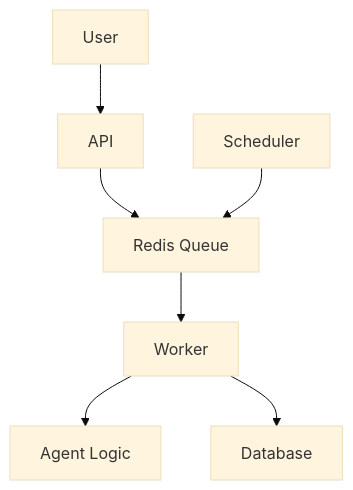
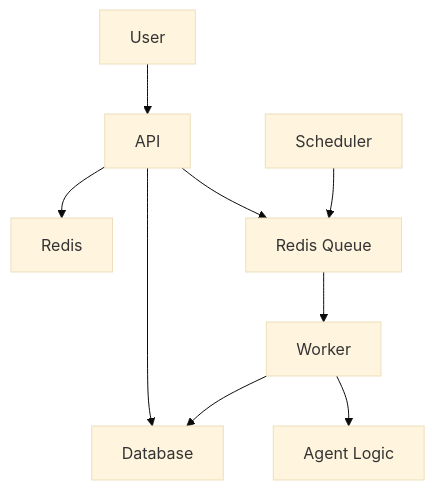
Before and after one commit to sprasains/everesthood: the diagram in SYSTEM_OVERVIEW.md, drawn with Mermaid (base theme). The commit also changed other lines of this file and 135 other files, not shown here.

````diff
--- a/SYSTEM_OVERVIEW.md
+++ b/SYSTEM_OVERVIEW.md
@@ -52,9 +46,11 @@
 ```mermaid
 graph TD;
   User["User"] --> API["API"]
   API --> Queue["Redis Queue"]
   Scheduler["Scheduler"] --> Queue
   Queue --> Worker["Worker"]
   Worker --> Agent["Agent Logic"]
   Worker --> DB["Database"]
+  API --> DB
+  API --> Redis
 ```
````
